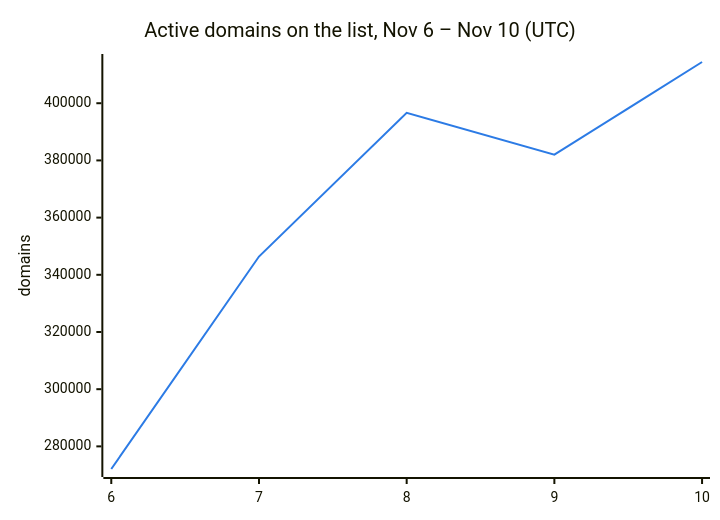
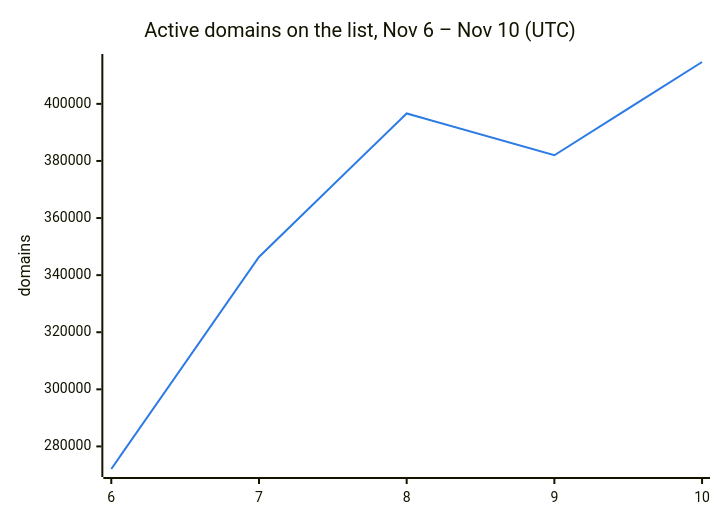
Before and after one commit to DNSBunker/CTI: the second of 3 diagrams in README.md, drawn with Mermaid. The commit also changed other lines of this file and 3 other files, not shown here.

````diff
--- a/README.md
+++ b/README.md
@@ -38,8 +38,8 @@
 ```mermaid
 %%{init: {"themeVariables": {"xyChart": {"plotColorPalette": "#2c7be5"}}}}%%
 xychart-beta
     title "Active domains on the list, Nov 6 – Nov 10 (UTC)"
     x-axis ["6", "7", "8", "9", "10"]
     y-axis "domains"
-    line [272088, 346388, 396638, 382009, 414418]
+    line [272088, 346388, 396638, 382009, 414668]
 ```
````
